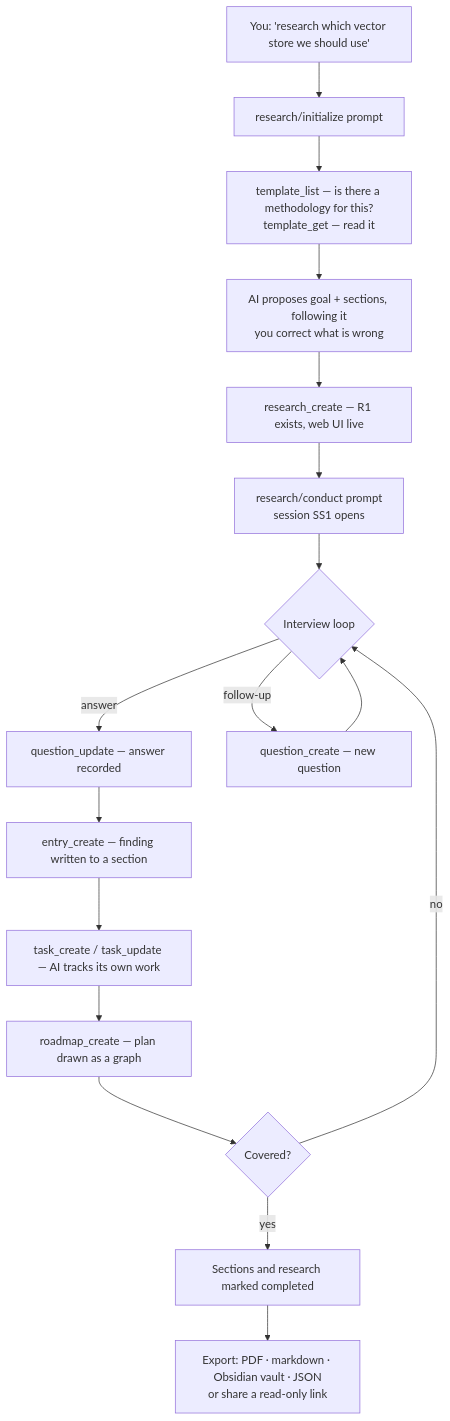
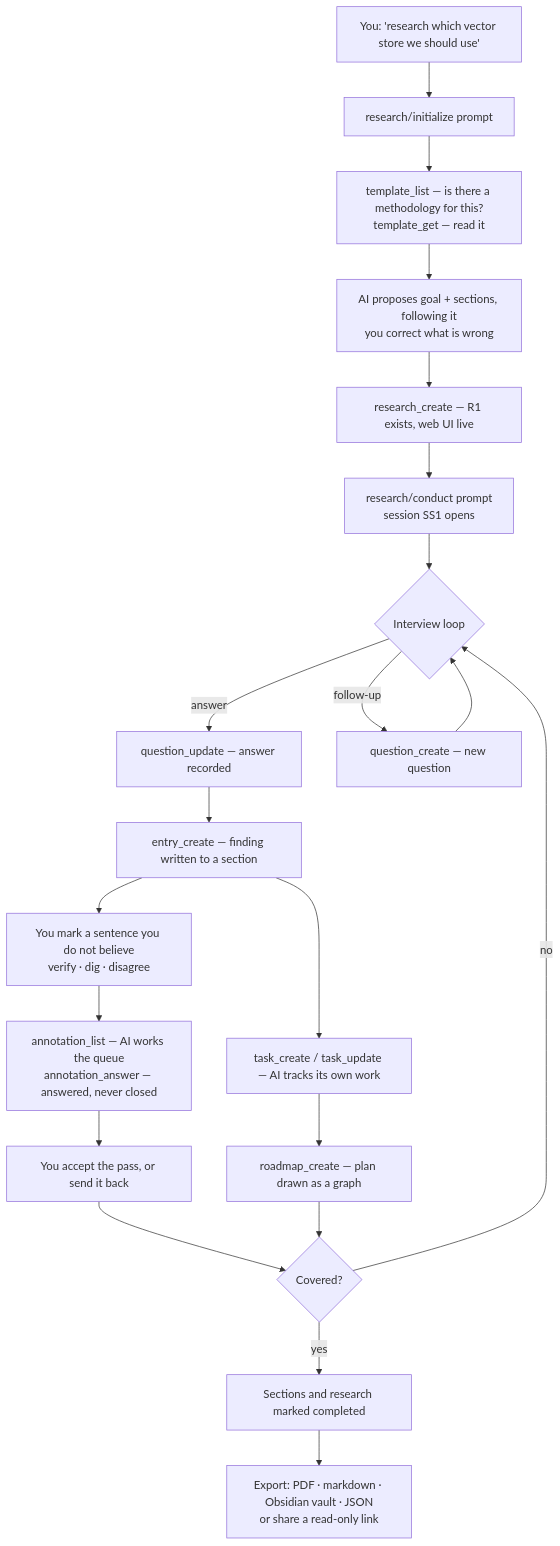
The diagram in README.md (butschster/mcp-research), drawn with Mermaid before and after one commit. The commit also changed other lines of this file and 78 other files, not shown here.

First line of the commit message:
feat(annotations): mark the sentence you do not believe

````diff
--- a/README.md
+++ b/README.md
@@ -184,19 +207,23 @@
 ```mermaid
 flowchart TD
     A["You: 'research which vector store we should use'"] --> B["research/initialize prompt"]
     B --> B2["template_list — is there a methodology for this?<br/>template_get — read it"]
     B2 --> C["AI proposes goal + sections, following it<br/>you correct what is wrong"]
     C --> D["research_create — R1 exists, web UI live"]
     D --> E["research/conduct prompt<br/>session SS1 opens"]
     E --> F{Interview loop}
     F -->|answer| G["question_update — answer recorded"]
     F -->|follow-up| H["question_create — new question"]
     G --> I["entry_create — finding written to a section"]
     H --> F
     I --> J["task_create / task_update — AI tracks its own work"]
+    I --> P["You mark a sentence you do not believe<br/>verify · dig · disagree"]
+    P --> Q["annotation_list — AI works the queue<br/>annotation_answer — answered, never closed"]
+    Q --> R["You accept the pass, or send it back"]
+    R --> L
     J --> K["roadmap_create — plan drawn as a graph"]
     K --> L{Covered?}
     L -->|no| F
     L -->|yes| M["Sections and research marked completed"]
     M --> N["Export: PDF · markdown · Obsidian vault · JSON<br/>or share a read-only link"]
 ```
````
